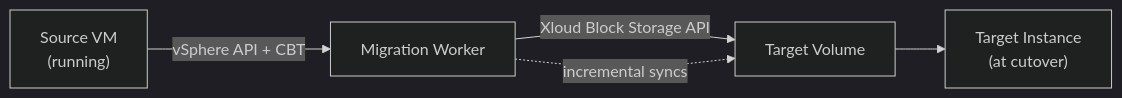
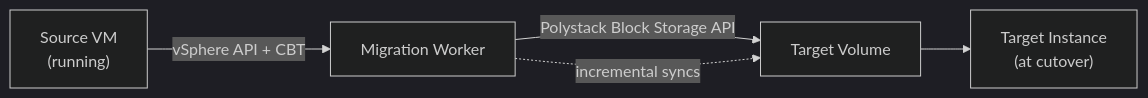
The third of 3 diagrams in services/migration/admin-guide/architecture.mdx (ankur-kumar87/docs-polystack), drawn with Mermaid (dark theme) before and after one commit. The commit also changed other lines of this file and 425 other files, not shown here.

````diff
--- a/services/migration/admin-guide/architecture.mdx
+++ b/services/migration/admin-guide/architecture.mdx
@@ -92,7 +92,7 @@
 ```mermaid
 graph LR
     S["Source VM<br/>(running)"] -->|vSphere API + CBT| W["Migration Worker"]
-    W -->|Xloud Block Storage API| V["Target Volume"]
+    W -->|Polystack Block Storage API| V["Target Volume"]
     W -.->|incremental syncs| V
     V --> I["Target Instance<br/>(at cutover)"]
 ```
````
